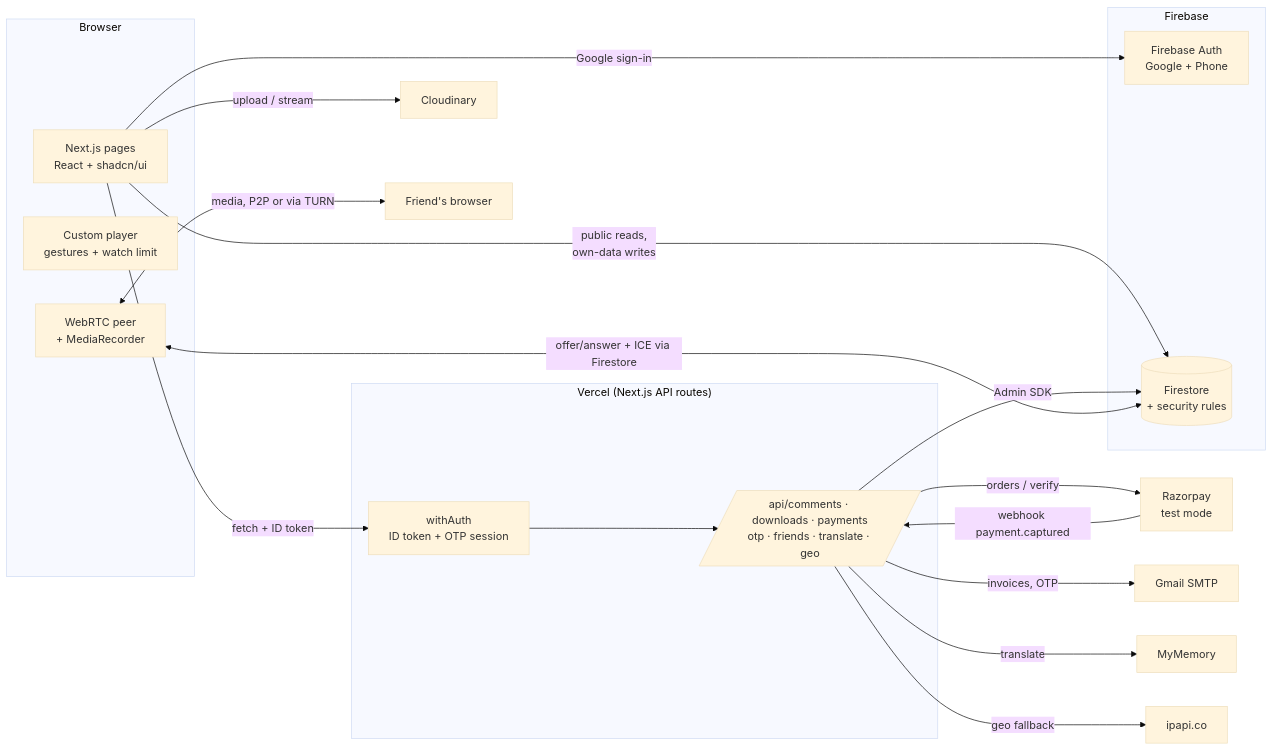
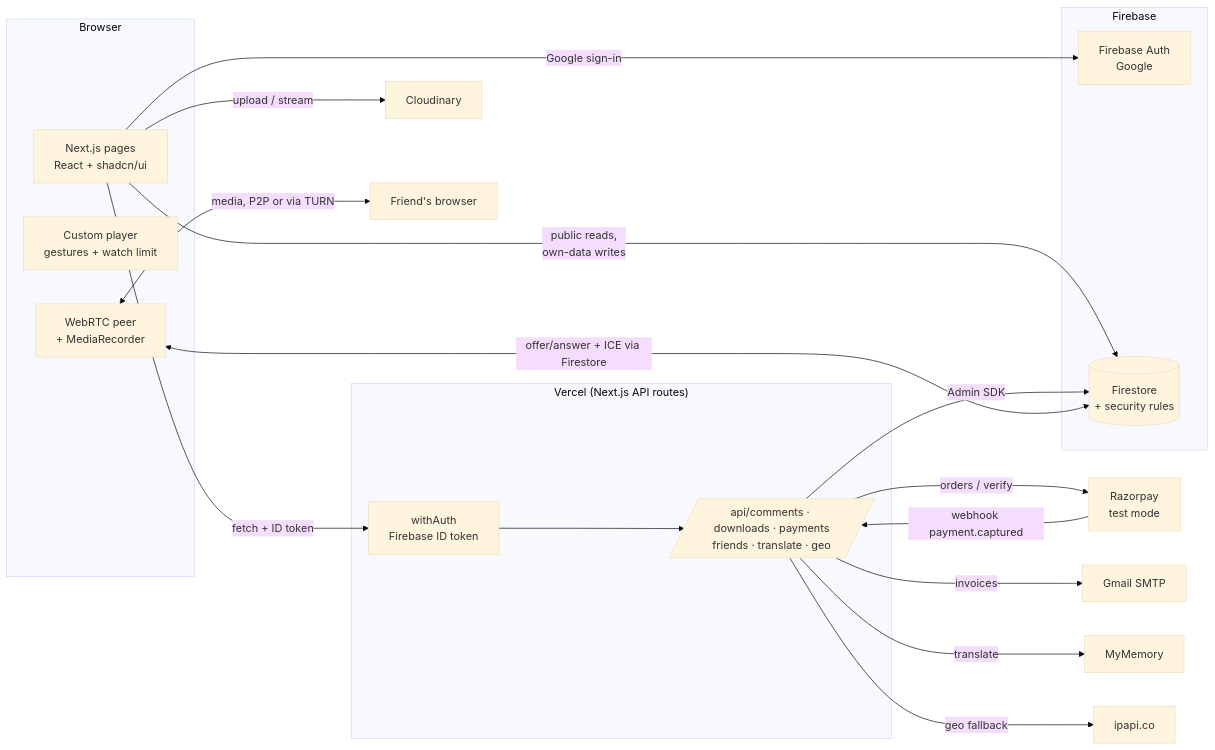
One commit to piush365/Youtube-clone changed the diagram in README.md. Above: the diagram before and after it, drawn with Mermaid (base theme). The commit also changed other lines of this file and 26 other files, not shown here.

First line of the commit message:
Remove OTP and phone auth; sign-in is plain Google

````diff
--- a/README.md
+++ b/README.md
@@ -22,31 +22,31 @@
 ```mermaid
 flowchart LR
   subgraph Browser
     UI[Next.js pages<br/>React + shadcn/ui]
     P[Custom player<br/>gestures + watch limit]
     RTC[WebRTC peer<br/>+ MediaRecorder]
   end
 
   subgraph Vercel["Vercel (Next.js API routes)"]
-    AUTH[withAuth<br/>ID token + OTP session]
-    API[/api/comments · downloads · payments<br/>otp · friends · translate · geo/]
+    AUTH[withAuth<br/>Firebase ID token]
+    API[/api/comments · downloads · payments<br/>friends · translate · geo/]
   end
 
   subgraph Firebase
-    FA[Firebase Auth<br/>Google + Phone]
+    FA[Firebase Auth<br/>Google]
     FS[(Firestore<br/>+ security rules)]
   end
 
   UI -- Google sign-in --> FA
   UI -- public reads,<br/>own-data writes --> FS
   UI -- fetch + ID token --> AUTH --> API
   API -- Admin SDK --> FS
   API -- orders / verify --> RZP[Razorpay<br/>test mode]
   RZP -- webhook payment.captured --> API
-  API -- invoices, OTP --> SMTP[Gmail SMTP]
+  API -- invoices --> SMTP[Gmail SMTP]
   API -- translate --> MM[MyMemory]
   API -- geo fallback --> IPAPI[ipapi.co]
   UI -- upload / stream --> CL[Cloudinary]
   RTC <-- offer/answer + ICE via Firestore --> FS
   RTC <-- media, P2P or via TURN --> RTC2[Friend's browser]
 ```
````
